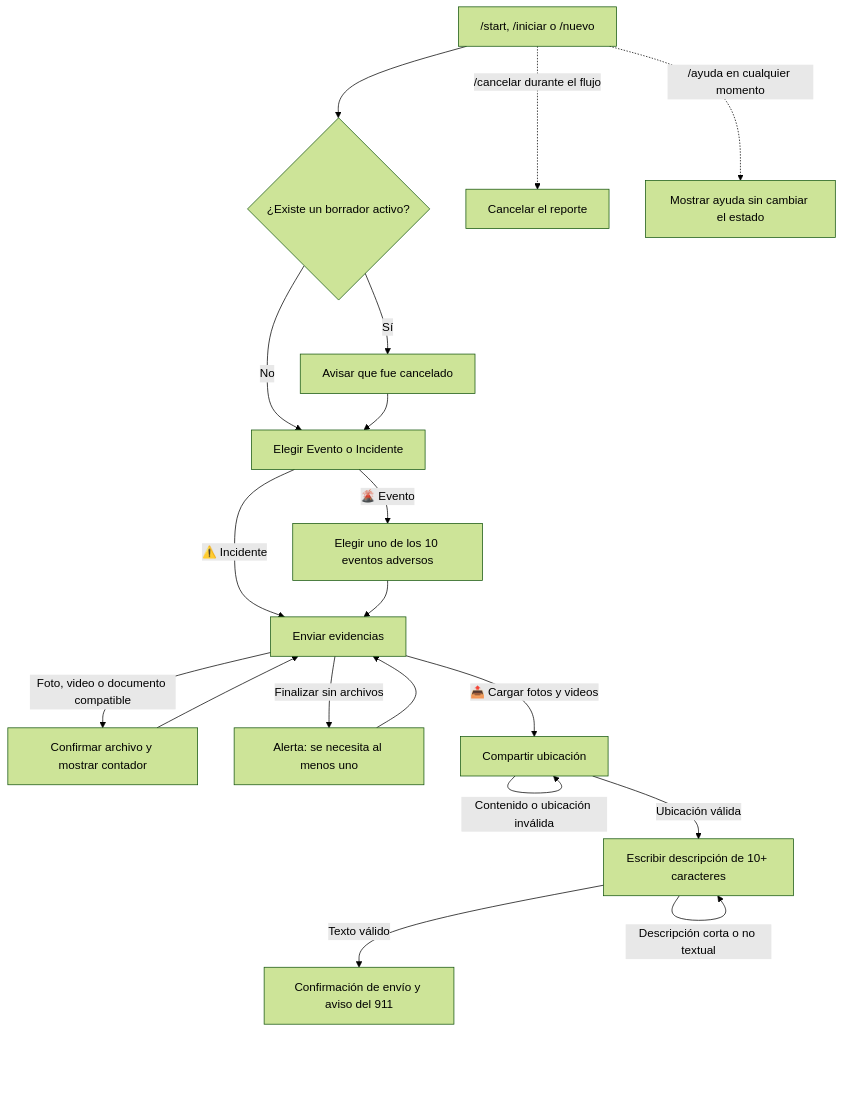
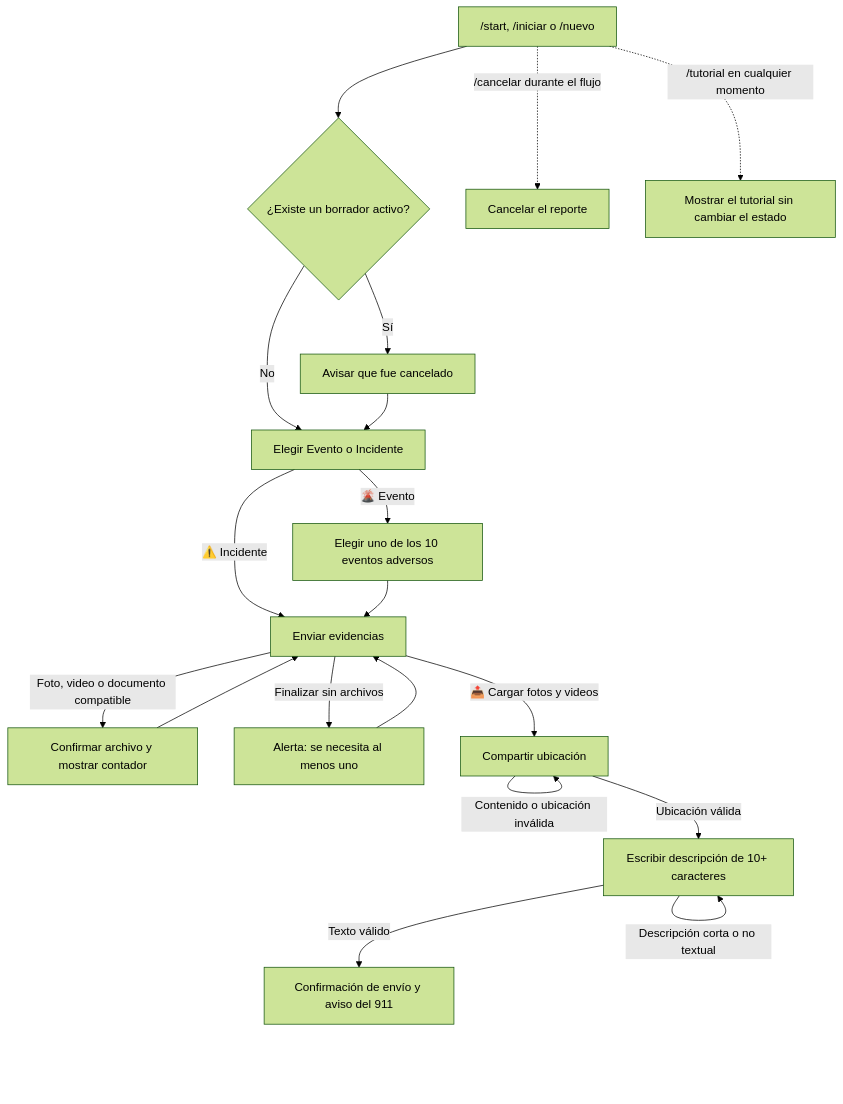
One commit to jhquihuiri7/galapagos_previene changed the diagram in docs/flujo-mensajes-telegram-trabajo.md. Above: the diagram before and after it, drawn with Mermaid (forest theme). The commit also changed other lines of this file and 337 other files, not shown here.

````diff
--- a/docs/flujo-mensajes-telegram-trabajo.md
+++ b/docs/flujo-mensajes-telegram-trabajo.md
@@ -5,25 +5,25 @@
 ```mermaid
 flowchart TD
     START["/start, /iniciar o /nuevo"] --> OLD{"¿Existe un borrador activo?"}
     OLD -->|Sí| CANCEL_OLD["Avisar que fue cancelado"]
     OLD -->|No| KIND
     CANCEL_OLD --> KIND["Elegir Evento o Incidente"]
 
     KIND -->|🌋 Evento| EVENT_TYPE["Elegir uno de los 10 eventos adversos"]
     KIND -->|⚠️ Incidente| MEDIA["Enviar evidencias"]
     EVENT_TYPE --> MEDIA
 
     MEDIA -->|Foto, video o documento compatible| MEDIA_OK["Confirmar archivo y mostrar contador"]
     MEDIA_OK --> MEDIA
     MEDIA -->|Finalizar sin archivos| MEDIA_EMPTY["Alerta: se necesita al menos uno"]
     MEDIA_EMPTY --> MEDIA
     MEDIA -->|📤 Cargar fotos y videos| LOCATION["Compartir ubicación"]
 
     LOCATION -->|Ubicación válida| DESCRIPTION["Escribir descripción de 10+ caracteres"]
     LOCATION -->|Contenido o ubicación inválida| LOCATION
     DESCRIPTION -->|Descripción corta o no textual| DESCRIPTION
     DESCRIPTION -->|Texto válido| SUBMITTED["Confirmación de envío y aviso del 911"]
 
     START -.->|/cancelar durante el flujo| CANCELLED["Cancelar el reporte"]
-    START -.->|/ayuda en cualquier momento| HELP["Mostrar ayuda sin cambiar el estado"]
+    START -.->|/tutorial en cualquier momento| HELP["Mostrar el tutorial sin cambiar el estado"]
 ```
````
